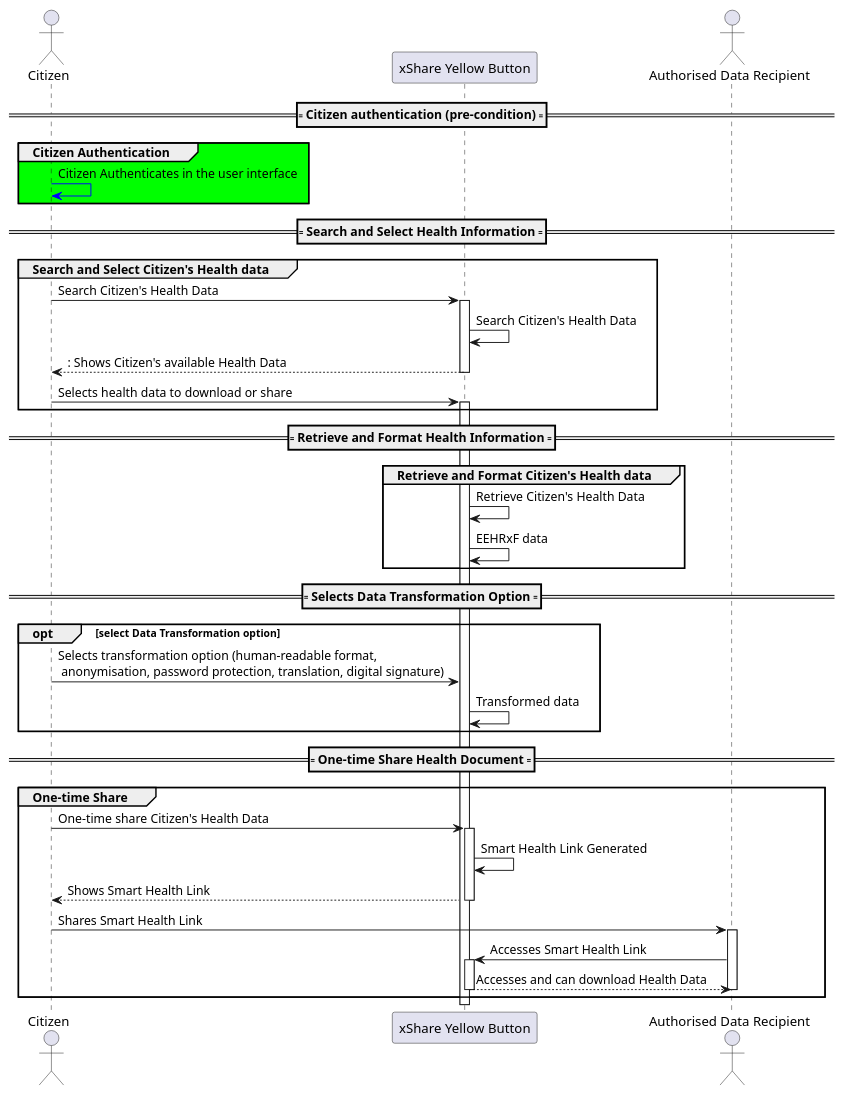
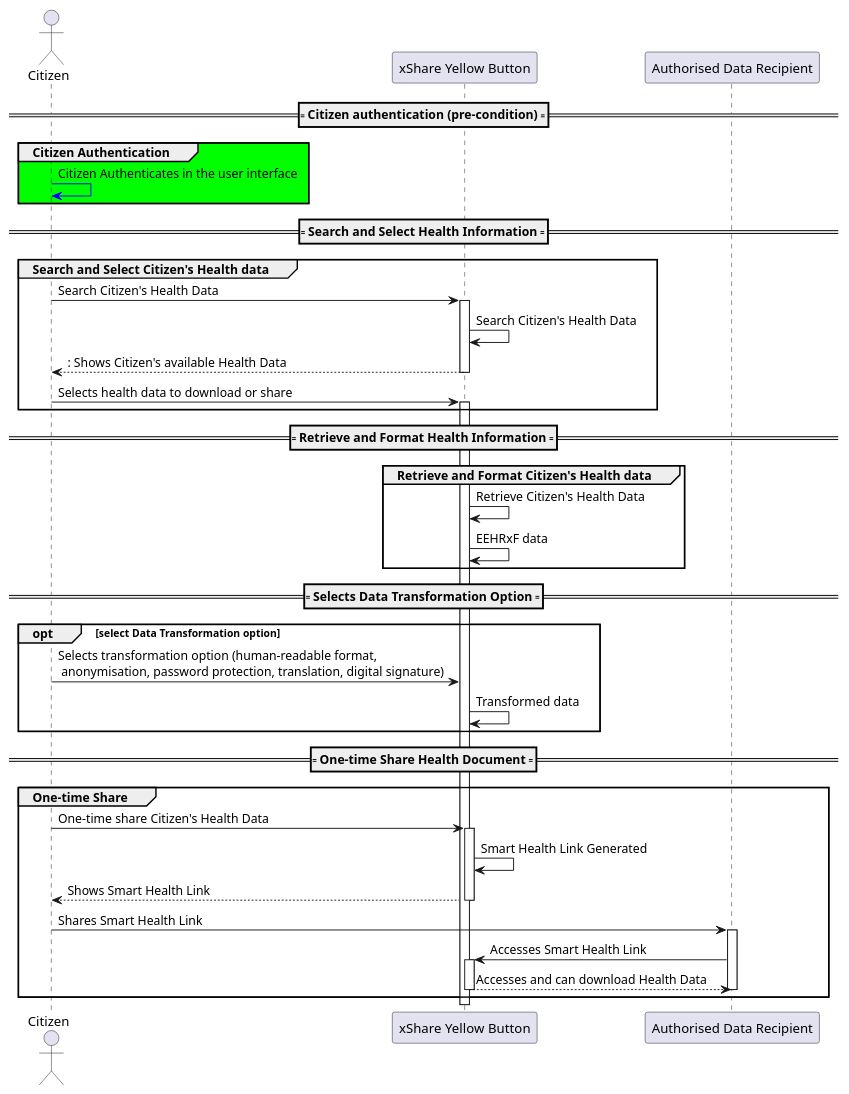
One commit to hl7-eu/xShare changed the diagram in input/images-source/seq-one-time.plantuml. Above: the diagram before and after it, drawn with PlantUML. The commit also changed 21 other files, not shown here.

```diff
--- a/input/images-source/seq-one-time.plantuml
+++ b/input/images-source/seq-one-time.plantuml
@@ -1,47 +1,47 @@
 @startuml
 actor Citizen
 participant "xShare Yellow Button" as xShare
-actor "Authorised Data Recipient" as Recipient
+participant "Authorised Data Recipient" as Recipient
 
 ==== Citizen authentication (pre-condition) ====
 group #00FF00 Citizen Authentication
 Citizen -[#blue]> Citizen: Citizen Authenticates in the user interface
 end group
 
 ==== Search and Select Health Information ====
 group Search and Select Citizen's Health data
 Citizen -> xShare: Search Citizen's Health Data
 activate xShare
 xShare -> xShare: Search Citizen's Health Data
 return: Shows Citizen's available Health Data
 Citizen -> xShare: Selects health data to download or share
 activate xShare
 end group
 
 ==== Retrieve and Format Health Information ====
 group Retrieve and Format Citizen's Health data
 xShare-> xShare: Retrieve Citizen's Health Data
 xShare-> xShare: EEHRxF data
 end group
 
 ==== Selects Data Transformation Option ====
 opt select Data Transformation option
 Citizen -> xShare: Selects transformation option (human-readable format, \n anonymisation, password protection, translation, digital signature)
 xShare -> xShare: Transformed data
 end opt
 
 ==== One-time Share Health Document ====
 group One-time Share
 Citizen -> xShare: One-time share Citizen's Health Data
 activate xShare
 xShare -> xShare: Smart Health Link Generated
 return Shows Smart Health Link
 Citizen -> Recipient: Shares Smart Health Link
 activate Recipient
 Recipient-> xShare: Accesses Smart Health Link
 activate xShare
 return Accesses and can download Health Data
 deactivate Recipient
 end group
 
 @enduml
```
